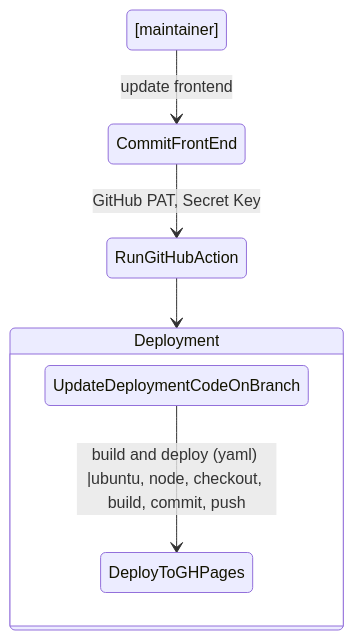
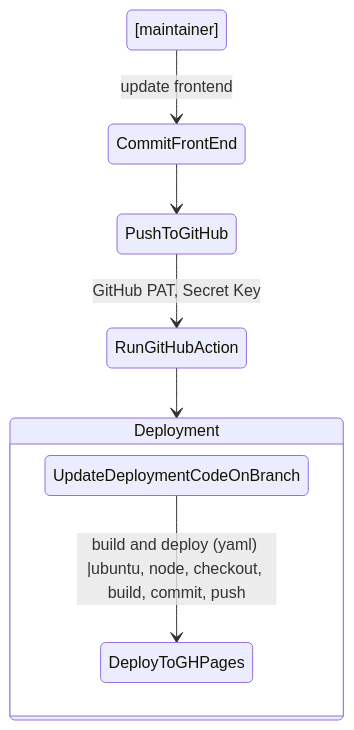
The second of 4 diagrams in README.md (armsp/AIFU), drawn with Mermaid before and after one commit.

````diff
--- a/README.md
+++ b/README.md
@@ -147,10 +147,11 @@
 ```mermaid
 stateDiagram-v2
 
     [maintainer] --> CommitFrontEnd: update frontend
-    CommitFrontEnd --> RunGitHubAction : GitHub PAT, Secret Key
+    CommitFrontEnd --> PushToGitHub
+    PushToGitHub --> RunGitHubAction : GitHub PAT, Secret Key
     RunGitHubAction --> Deployment
     state Deployment {
         UpdateDeploymentCodeOnBranch --> DeployToGHPages: build and deploy (yaml) |ubuntu, node, checkout, build, commit, push
     }
 ```
````
